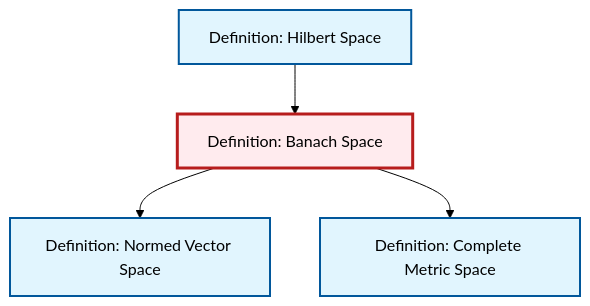
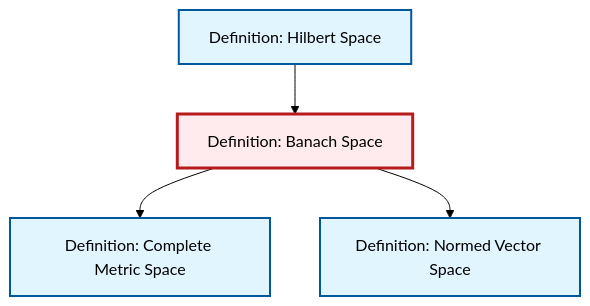
The diagram in content/en/analysis/def-banach-space.qmd (RK0429/ModernMath), drawn with Mermaid (forest theme) before and after one commit. The commit also changed other lines of this file and 328 other files, not shown here.

````diff
--- a/content/en/analysis/def-banach-space.qmd
+++ b/content/en/analysis/def-banach-space.qmd
@@ -116,20 +116,20 @@
 ```{mermaid}
 %%| fig-cap: "Local dependency graph"
 graph TD
     classDef definition fill:#e1f5fe,stroke:#01579b,stroke-width:2px
     classDef theorem fill:#f3e5f5,stroke:#4a148c,stroke-width:2px
     classDef axiom fill:#fff3e0,stroke:#e65100,stroke-width:2px
     classDef example fill:#e8f5e9,stroke:#1b5e20,stroke-width:2px
     classDef current fill:#ffebee,stroke:#b71c1c,stroke-width:3px
-    def-normed-vector-space["Definition: Normed Vector Space"]:::definition
     def-banach-space["Definition: Banach Space"]:::definition
     def-hilbert-space["Definition: Hilbert Space"]:::definition
+    def-normed-vector-space["Definition: Normed Vector Space"]:::definition
     def-complete-metric-space["Definition: Complete Metric Space"]:::definition
+    def-banach-space --> def-complete-metric-space
     def-hilbert-space --> def-banach-space
     def-banach-space --> def-normed-vector-space
-    def-banach-space --> def-complete-metric-space
     class def-banach-space current
+    click def-hilbert-space "def-hilbert-space.html" "Go to Hilbert Space definition"
     click def-normed-vector-space "def-normed-vector-space.html" "Go to Normed Vector Space definition"
-    click def-hilbert-space "def-hilbert-space.html" "Go to Hilbert Space definition"
     click def-complete-metric-space "def-complete-metric-space.html" "Go to Complete Metric Space definition"
 ```
````
